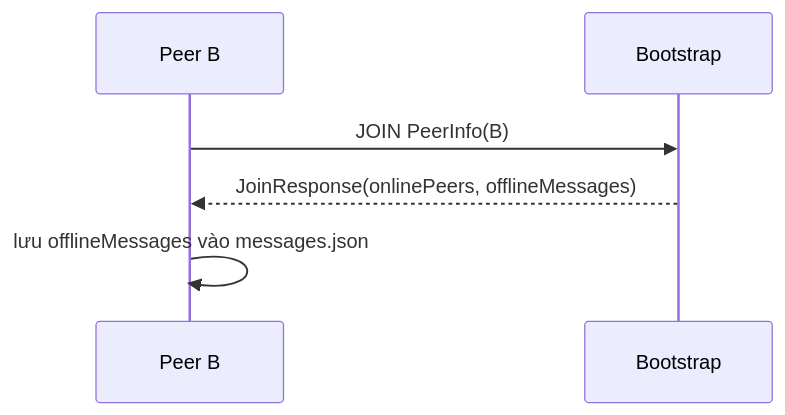
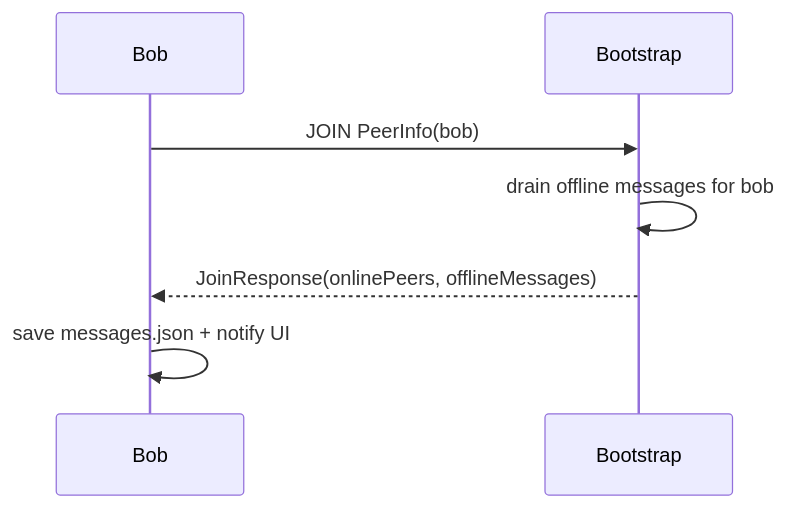
Before and after one commit to dungcony/p2p: the third of 5 diagrams in docs/nop-bai/03_giao_thuc_trao_doi_thong_diep.md, drawn with Mermaid. The commit also changed other lines of this file and 9 other files, not shown here.

````diff
--- a/docs/nop-bai/03_giao_thuc_trao_doi_thong_diep.md
+++ b/docs/nop-bai/03_giao_thuc_trao_doi_thong_diep.md
@@ -366,8 +176,9 @@
 ```mermaid
 sequenceDiagram
-    participant B as Peer B
+    participant B as Bob
     participant BS as Bootstrap
-    B->>BS: JOIN PeerInfo(B)
+    B->>BS: JOIN PeerInfo(bob)
+    BS->>BS: drain offline messages for bob
     BS-->>B: JoinResponse(onlinePeers, offlineMessages)
-    B->>B: lưu offlineMessages vào messages.json
+    B->>B: save messages.json + notify UI
 ```
````
